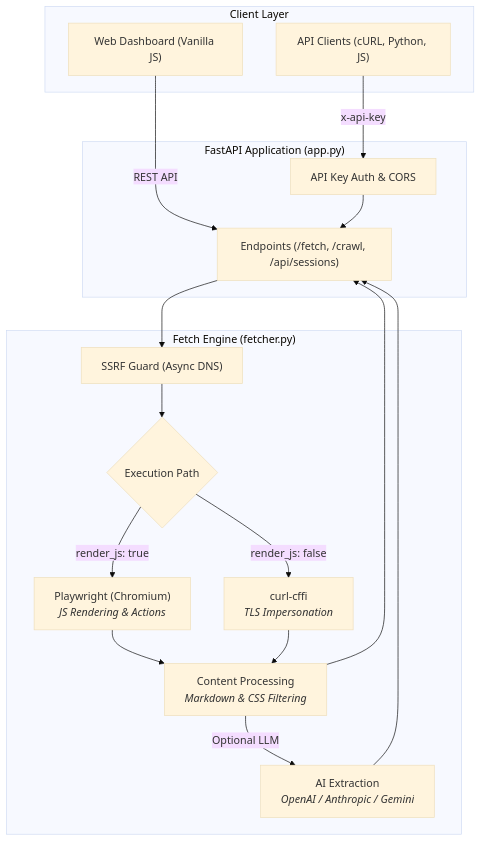
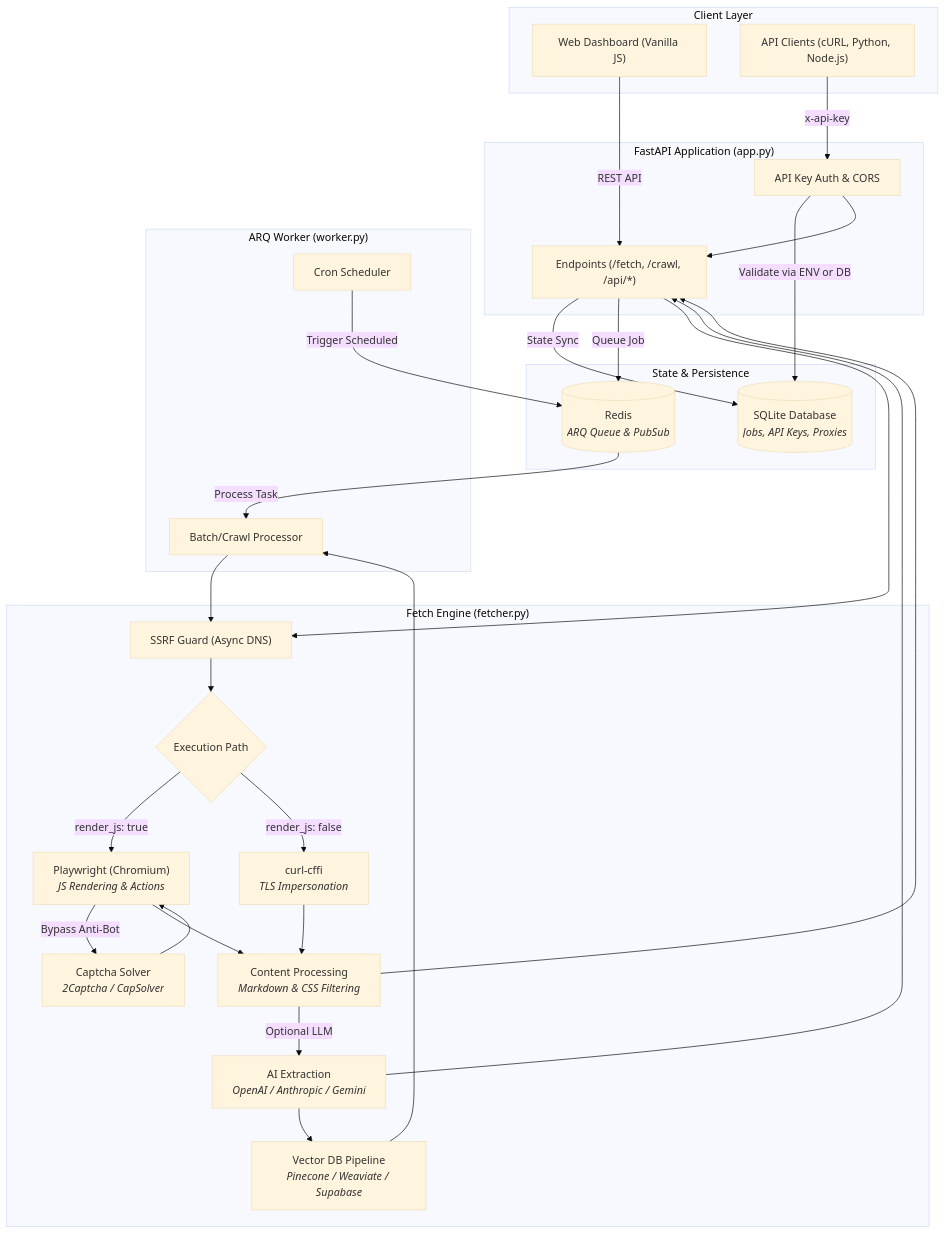
The first of 2 diagrams in README.md (Tejas3479/crawlix), drawn with Mermaid (base theme) before and after one commit. The commit also changed other lines of this file, not shown here.

Commit message:
docs: update architecture diagrams to include db, redis, arq, captchas, and vector pipelines

````diff
--- a/README.md
+++ b/README.md
@@ -148,34 +148,56 @@
 ```mermaid
 flowchart TD
     subgraph Client["Client Layer"]
         UI["Web Dashboard (Vanilla JS)"]
-        API_CLIENT["API Clients (cURL, Python, JS)"]
+        API_CLIENT["API Clients (cURL, Python, Node.js)"]
     end
 
     subgraph Server["FastAPI Application (app.py)"]
         AUTH["API Key Auth & CORS"]
-        ROUTES["Endpoints (/fetch, /crawl, /api/sessions)"]
+        ROUTES["Endpoints (/fetch, /crawl, /api/*)"]
+    end
+    
+    subgraph Storage["State & Persistence"]
+        DB[("SQLite Database<br/><i>Jobs, API Keys, Proxies</i>")]
+        REDIS[("Redis<br/><i>ARQ Queue & PubSub</i>")]
+    end
+
+    subgraph Background["ARQ Worker (worker.py)"]
+        CRON["Cron Scheduler"]
+        BATCH["Batch/Crawl Processor"]
     end
 
     subgraph Engine["Fetch Engine (fetcher.py)"]
         SSRF["SSRF Guard (Async DNS)"]
         ROUTER{"Execution Path"}
         PW["Playwright (Chromium)<br/><i>JS Rendering & Actions</i>"]
         CURL["curl-cffi<br/><i>TLS Impersonation</i>"]
+        CAPTCHA["Captcha Solver<br/><i>2Captcha / CapSolver</i>"]
         PROCESS["Content Processing<br/><i>Markdown & CSS Filtering</i>"]
         LLM["AI Extraction<br/><i>OpenAI / Anthropic / Gemini</i>"]
+        VECTOR["Vector DB Pipeline<br/><i>Pinecone / Weaviate / Supabase</i>"]
     end
 
     UI -->|REST API| ROUTES
     API_CLIENT -->|x-api-key| AUTH
+    AUTH -->|Validate via ENV or DB| DB
     AUTH --> ROUTES
+    ROUTES -->|State Sync| DB
+    ROUTES -->|Queue Job| REDIS
+    REDIS -->|Process Task| BATCH
+    CRON -->|Trigger Scheduled| REDIS
     ROUTES --> SSRF
+    BATCH --> SSRF
     SSRF --> ROUTER
     ROUTER -->|render_js: true| PW
     ROUTER -->|render_js: false| CURL
+    PW -->|Bypass Anti-Bot| CAPTCHA
+    CAPTCHA --> PW
     PW --> PROCESS
     CURL --> PROCESS
     PROCESS -->|Optional LLM| LLM
+    LLM --> VECTOR
     LLM --> ROUTES
     PROCESS --> ROUTES
+    VECTOR --> BATCH
 ```
````
